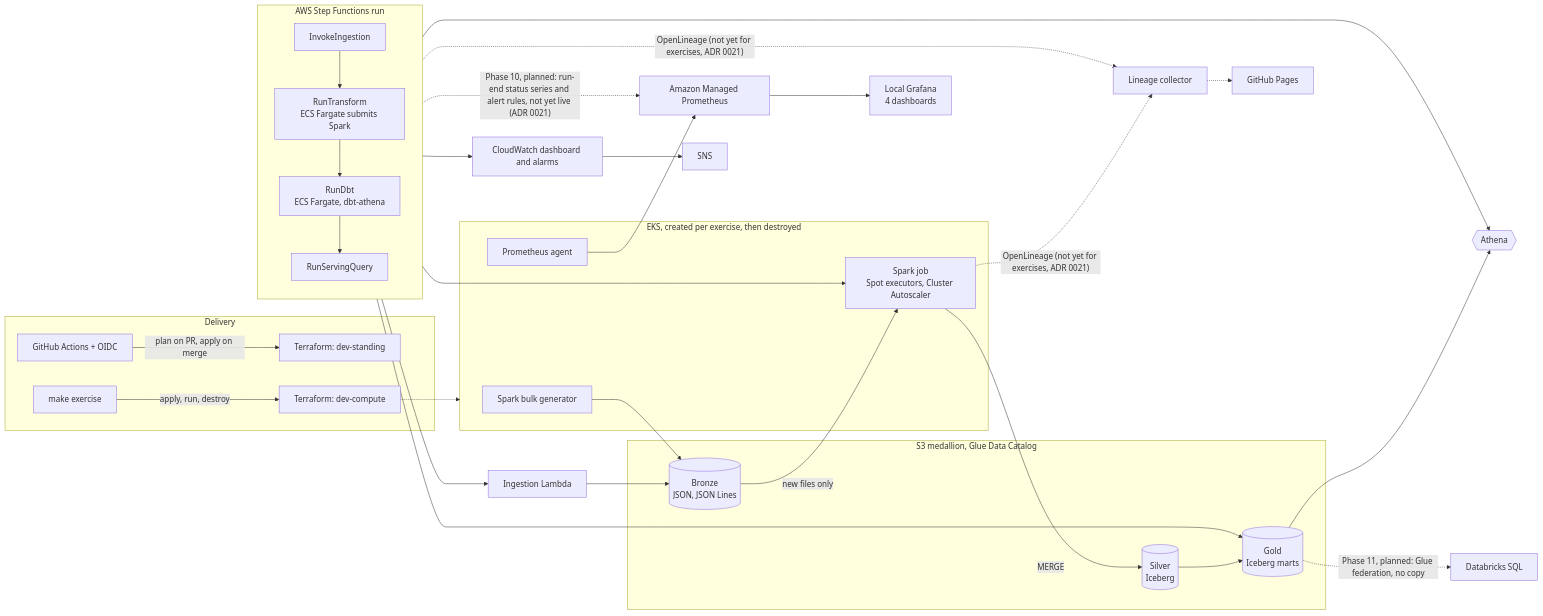
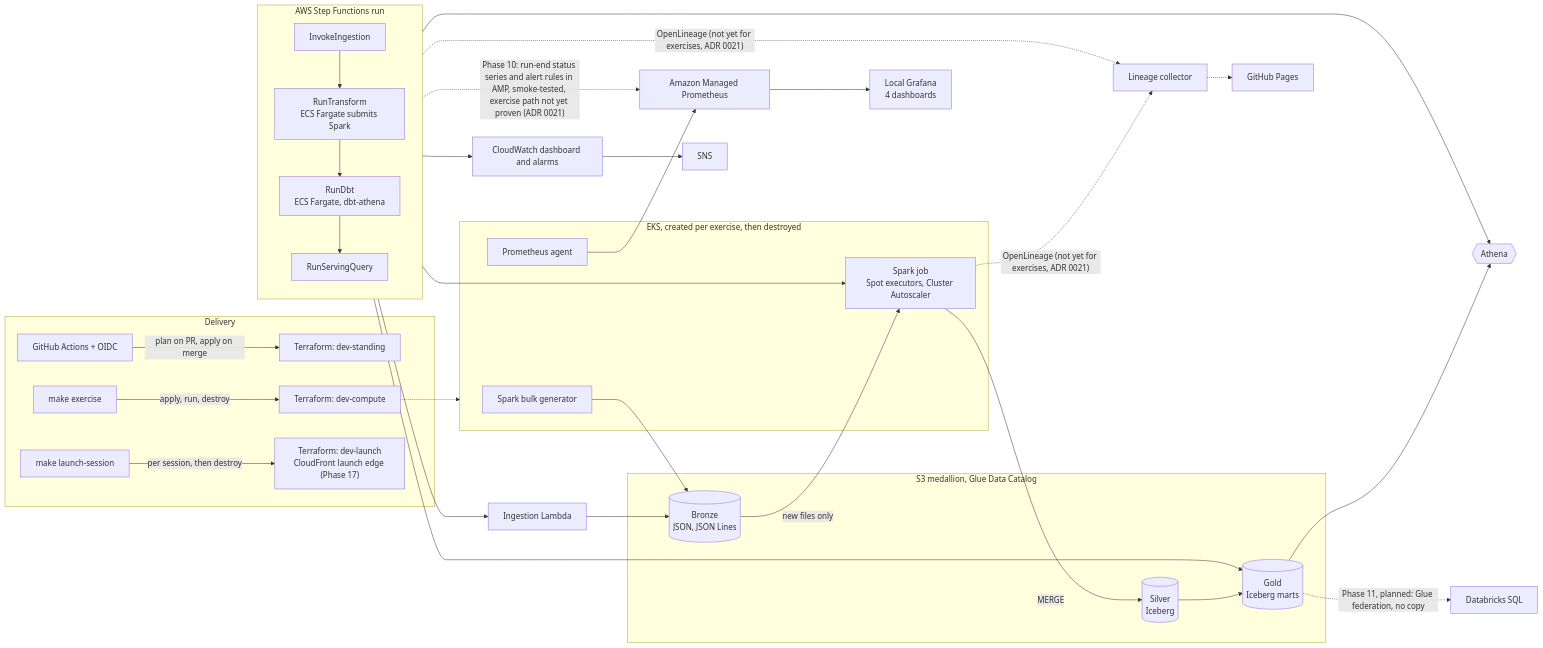
Before and after one commit to ChiragVenkateshaiah/cerberus-platform: the diagram in README.md, drawn with Mermaid. The commit also changed other lines of this file and 5 other files, not shown here.

````diff
--- a/README.md
+++ b/README.md
@@ -39,35 +39,36 @@
 ```mermaid
 flowchart LR
     subgraph CI["Delivery"]
         GHA["GitHub Actions + OIDC"] -->|"plan on PR, apply on merge"| STAND["Terraform: dev-standing"]
         HUMAN["make exercise"] -->|"apply, run, destroy"| COMP["Terraform: dev-compute"]
+        LHUMAN["make launch-session"] -->|"per session, then destroy"| LAUNCH["Terraform: dev-launch<br/>CloudFront launch edge (Phase 17)"]
     end
     subgraph RUN["AWS Step Functions run"]
         direction TB
         S1["InvokeIngestion"] --> S2["RunTransform<br/>ECS Fargate submits Spark"] --> S3["RunDbt<br/>ECS Fargate, dbt-athena"] --> S4["RunServingQuery"]
     end
     subgraph EKS["EKS, created per exercise, then destroyed"]
         GEN["Spark bulk generator"]
         SPARK["Spark job<br/>Spot executors, Cluster Autoscaler"]
         PROM["Prometheus agent"]
     end
     subgraph LAKE["S3 medallion, Glue Data Catalog"]
         BRZ[("Bronze<br/>JSON, JSON Lines")]
         SLV[("Silver<br/>Iceberg")]
         GLD[("Gold<br/>Iceberg marts")]
     end
     S1 --> LAMBDA["Ingestion Lambda"] --> BRZ
     GEN --> BRZ
     S2 --> SPARK
     BRZ -->|"new files only"| SPARK -->|"MERGE"| SLV
     S3 --> GLD
     SLV --> GLD
     S4 --> ATH{{"Athena"}}
     GLD --> ATH
     PROM --> AMP["Amazon Managed Prometheus"] --> GRAF["Local Grafana<br/>4 dashboards"]
     RUN --> CW["CloudWatch dashboard and alarms"] --> SNS["SNS"]
-    RUN -. "Phase 10, planned: run-end status series and alert rules, not yet live (ADR 0021)" .-> AMP
+    RUN -. "Phase 10: run-end status series and alert rules in AMP, smoke-tested, exercise path not yet proven (ADR 0021)" .-> AMP
     SPARK & S3 -. "OpenLineage (not yet for exercises, ADR 0021)" .-> OL["Lineage collector"] -.-> PAGES["GitHub Pages"]
     GLD -. "Phase 11, planned: Glue federation, no copy" .-> DBX["Databricks SQL"]
     COMP -.-> EKS
 ```
````
